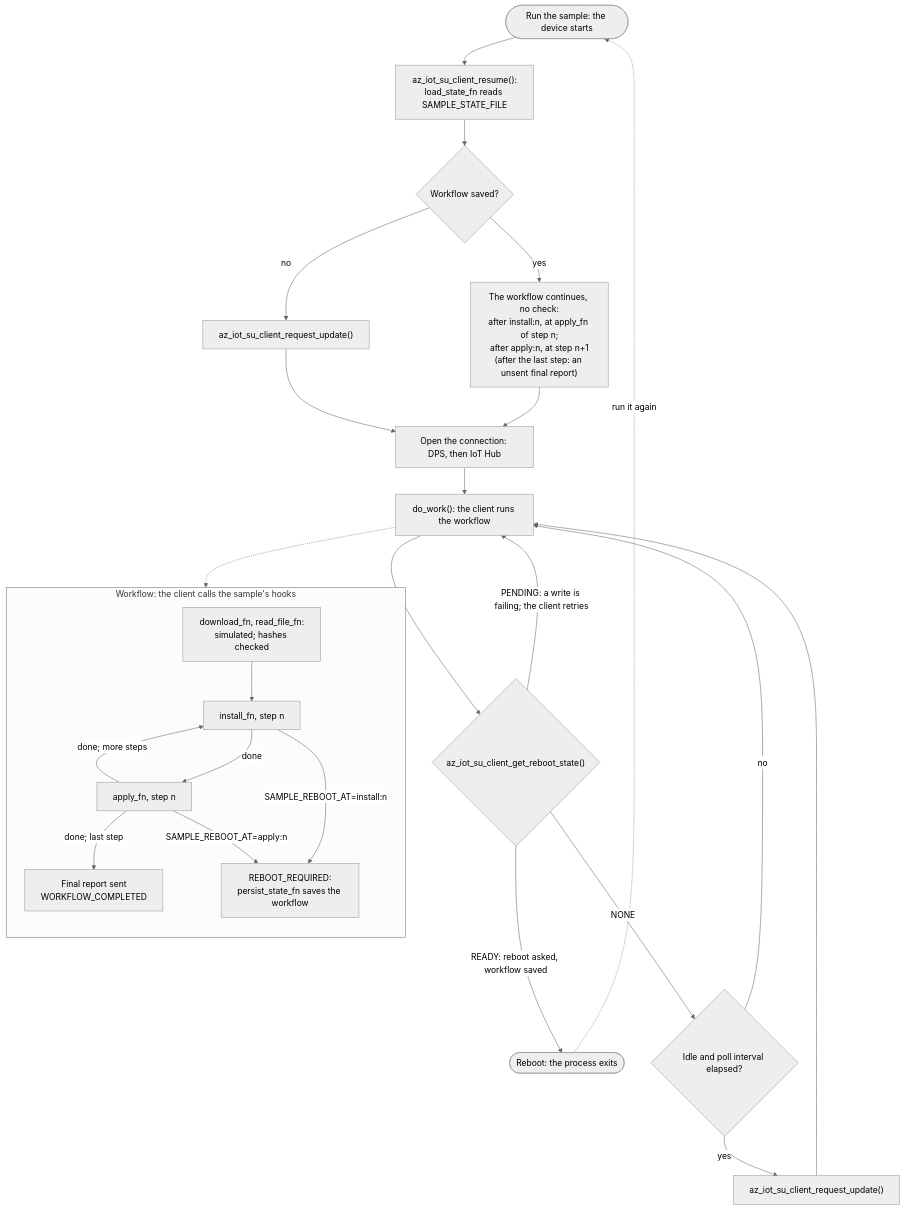
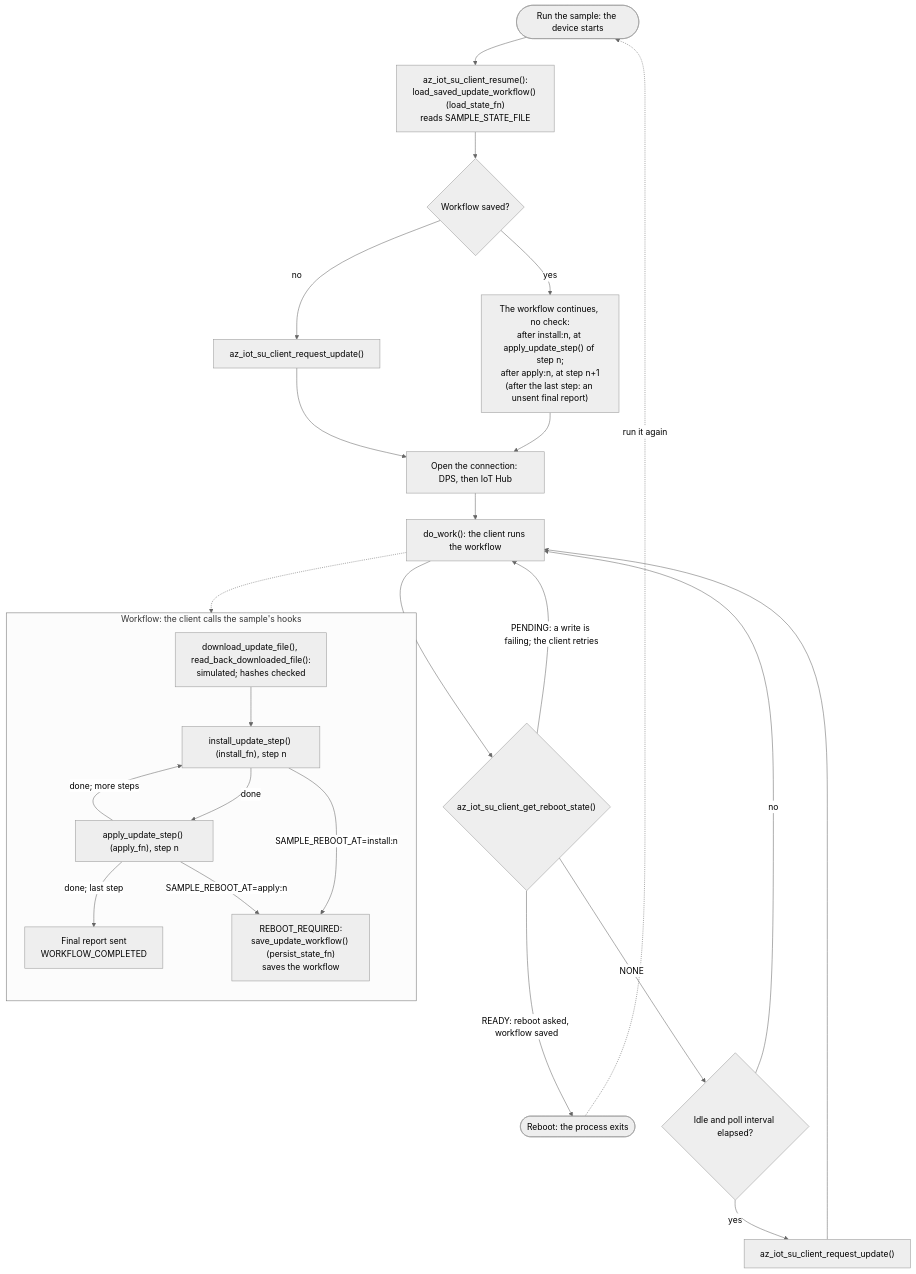
The diagram in c/samples/software_update/pc/reboot_resume/README.md (Azure/azure-iot-sdk), drawn with Mermaid (neutral theme) before and after one commit.

Commit message:
[C] SU reboot_resume sample: flow diagram names the sample's hook functions

````diff
--- a/c/samples/software_update/pc/reboot_resume/README.md
+++ b/c/samples/software_update/pc/reboot_resume/README.md
@@ -16,29 +16,29 @@
 ```mermaid
 flowchart TD
-    start(["Run the sample: the device starts"]) --> resume["az_iot_su_client_resume():<br/>load_state_fn reads SAMPLE_STATE_FILE"]
+    start(["Run the sample: the device starts"]) --> resume["az_iot_su_client_resume():<br/>load_saved_update_workflow() (load_state_fn)<br/>reads SAMPLE_STATE_FILE"]
     resume --> saved{"Workflow saved?"}
     saved -- "no" --> check["az_iot_su_client_request_update()"]
-    saved -- "yes" --> cont["The workflow continues, no check:<br/>after install:n, at apply_fn of step n;<br/>after apply:n, at step n+1<br/>(after the last step: an unsent final report)"]
+    saved -- "yes" --> cont["The workflow continues, no check:<br/>after install:n, at apply_update_step() of step n;<br/>after apply:n, at step n+1<br/>(after the last step: an unsent final report)"]
     check --> open["Open the connection: DPS, then IoT Hub"]
     cont --> open
     open --> work["do_work(): the client runs the workflow"]
 
     subgraph wf ["Workflow: the client calls the sample's hooks"]
         direction TB
-        dl["download_fn, read_file_fn:<br/>simulated; hashes checked"] --> inst["install_fn, step n"]
-        inst -- "done" --> app["apply_fn, step n"]
+        dl["download_update_file(), read_back_downloaded_file():<br/>simulated; hashes checked"] --> inst["install_update_step() (install_fn), step n"]
+        inst -- "done" --> app["apply_update_step() (apply_fn), step n"]
         app -- "done; more steps" --> inst
         app -- "done; last step" --> fin["Final report sent<br/>WORKFLOW_COMPLETED"]
-        inst -- "SAMPLE_REBOOT_AT=install:n" --> rr["REBOOT_REQUIRED:<br/>persist_state_fn saves the workflow"]
+        inst -- "SAMPLE_REBOOT_AT=install:n" --> rr["REBOOT_REQUIRED:<br/>save_update_workflow() (persist_state_fn)<br/>saves the workflow"]
         app -- "SAMPLE_REBOOT_AT=apply:n" --> rr
     end
 
     work -.-> wf
     work --> rs{"az_iot_su_client_get_reboot_state()"}
     rs -- "READY: reboot asked, workflow saved" --> boot(["Reboot: the process exits"])
     boot -. "run it again" .-> start
     rs -- "PENDING: a write is failing; the client retries" --> work
     rs -- "NONE" --> poll{"Idle and poll interval elapsed?"}
     poll -- "yes" --> recheck["az_iot_su_client_request_update()"] --> work
     poll -- "no" --> work
 ```
````
